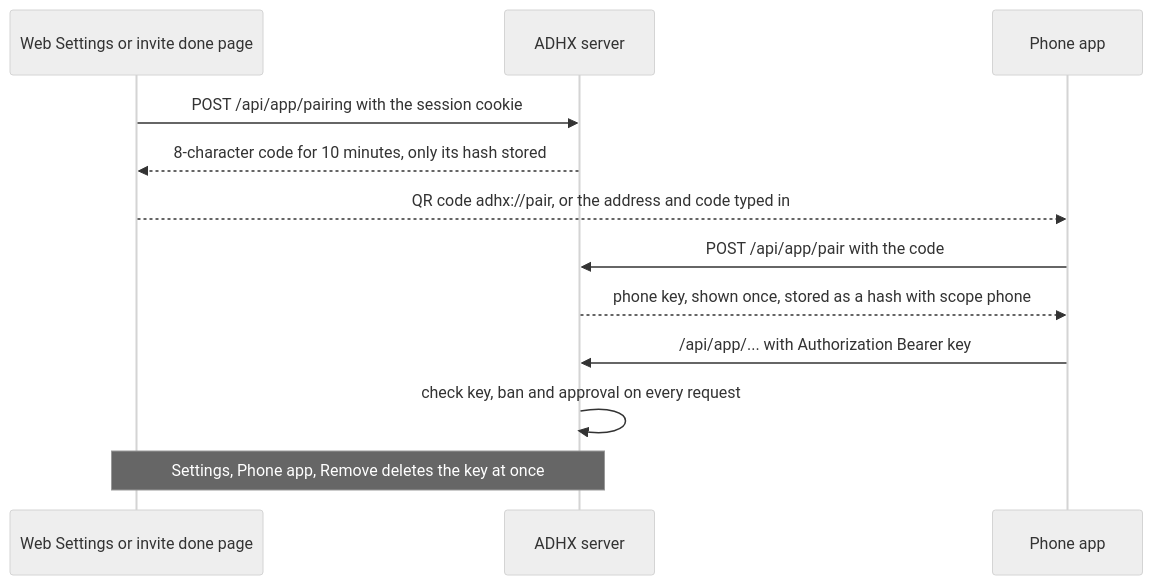
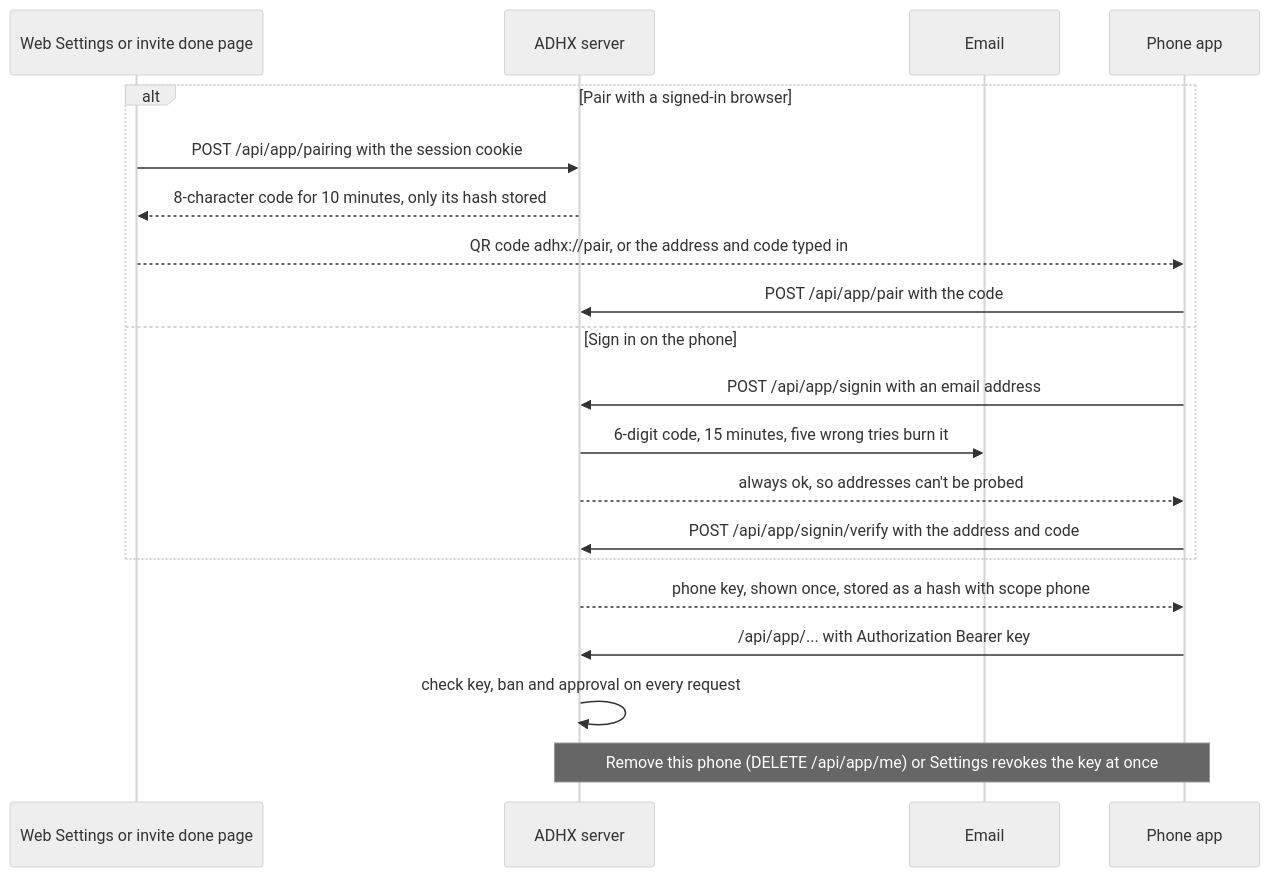
Before and after one commit to itsmemeworks/adhx: the seventh of 9 diagrams in ARCHITECTURE.md, drawn with Mermaid (neutral theme). The commit also changed other lines of this file and 10 other files, not shown here.

First line of the commit message:
docs: rewrite contributing, agents, claude and architecture for the community

````diff
--- a/ARCHITECTURE.md
+++ b/ARCHITECTURE.md
@@ -565,14 +628,22 @@
 ```mermaid
 sequenceDiagram
   participant W as Web Settings or invite done page
   participant S as ADHX server
+  participant M as Email
   participant P as Phone app
-  W->>S: POST /api/app/pairing with the session cookie
-  S-->>W: 8-character code for 10 minutes, only its hash stored
-  W-->>P: QR code adhx://pair, or the address and code typed in
-  P->>S: POST /api/app/pair with the code
+  alt Pair with a signed-in browser
+    W->>S: POST /api/app/pairing with the session cookie
+    S-->>W: 8-character code for 10 minutes, only its hash stored
+    W-->>P: QR code adhx://pair, or the address and code typed in
+    P->>S: POST /api/app/pair with the code
+  else Sign in on the phone
+    P->>S: POST /api/app/signin with an email address
+    S->>M: 6-digit code, 15 minutes, five wrong tries burn it
+    S-->>P: always ok, so addresses can't be probed
+    P->>S: POST /api/app/signin/verify with the address and code
+  end
   S-->>P: phone key, shown once, stored as a hash with scope phone
   P->>S: /api/app/... with Authorization Bearer key
   S->>S: check key, ban and approval on every request
-  Note over W,S: Settings, Phone app, Remove deletes the key at once
+  Note over P,S: Remove this phone (DELETE /api/app/me) or Settings revokes the key at once
 ```
````
